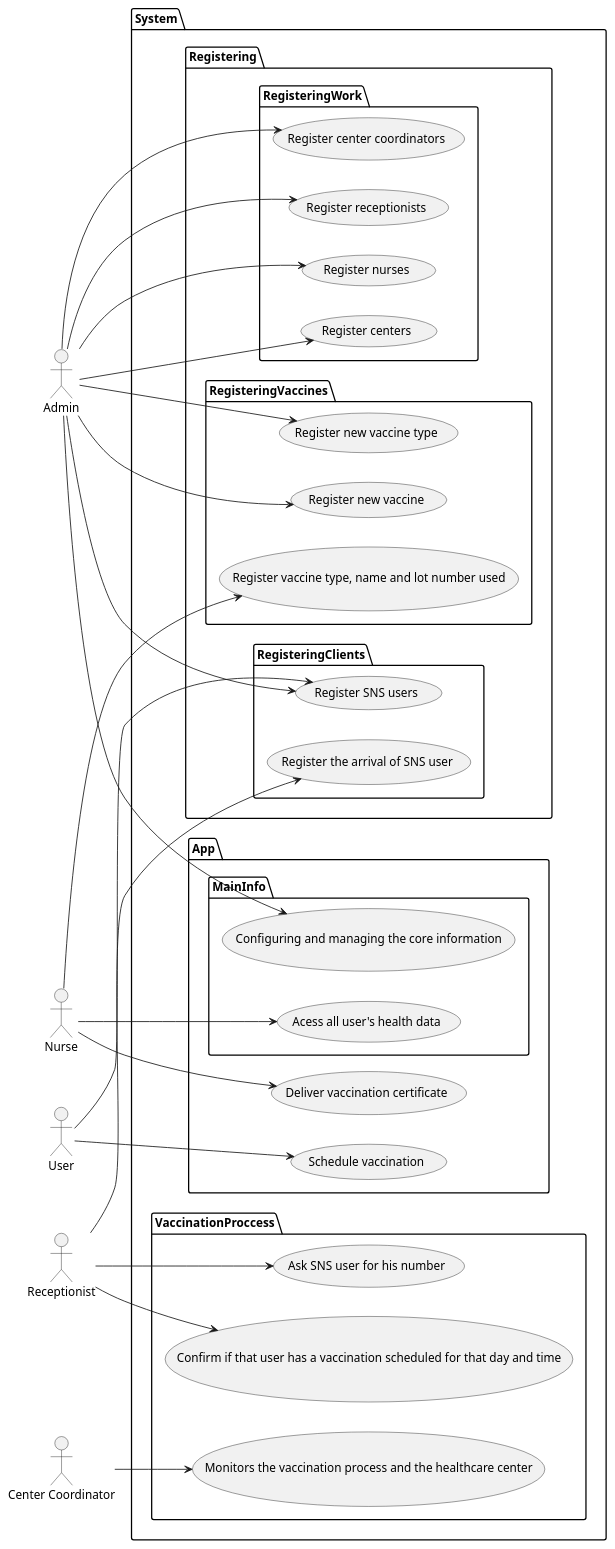
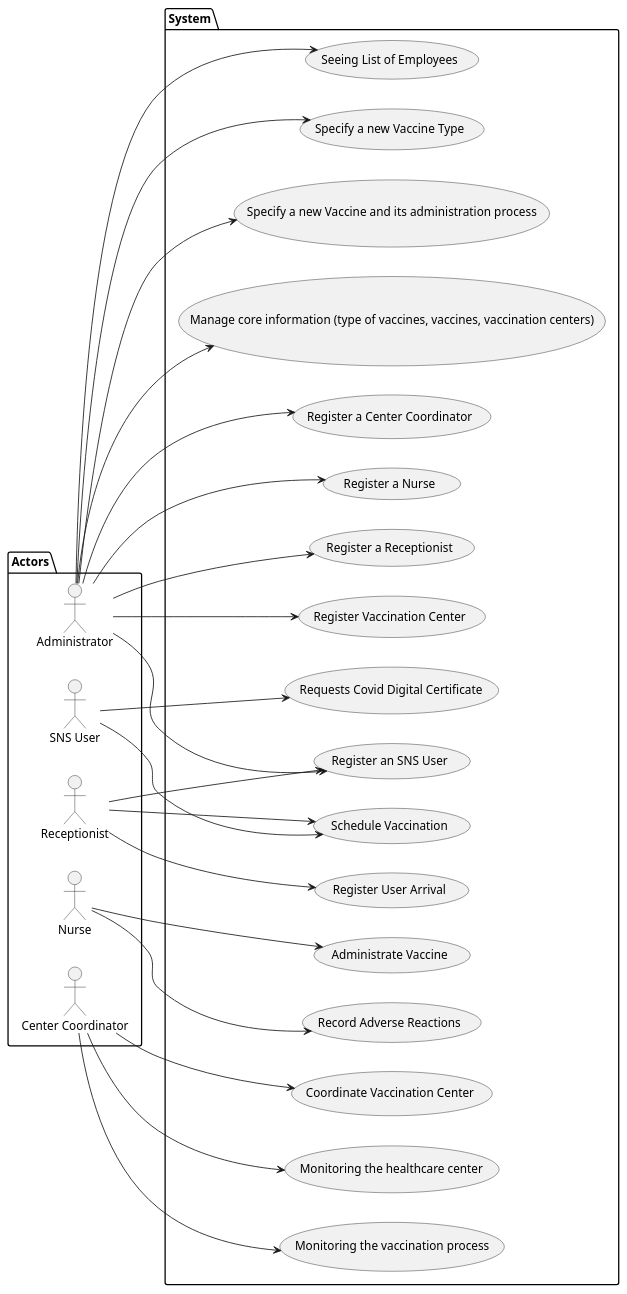
Before and after one commit to PedroMesquita1211171/VaccinationManager: the diagram in docs/SprintB/Use Cases/Diagram.puml, drawn with PlantUML.

Commit message:
UCD Re-done

```diff
--- a/docs/SprintB/Use Cases/Diagram.puml
+++ b/docs/SprintB/Use Cases/Diagram.puml
@@ -1,79 +1,73 @@
 @startuml
 
-actor "Admin" as adm
-actor "Nurse" as nur
-actor "Receptionist" as rcp
-actor "User" as user
-actor "Center Coordinator" as cc
 
 package System{
-   package Registering{
-    package RegisteringVaccines{
-        usecase UC15 as "Register vaccine type, name and lot number used"
-        usecase UC16 as "Register new vaccine"
-        usecase UC17 as "Register new vaccine type"
-    }
-    package RegisteringWork{
-        usecase UC07 as "Register center coordinators"
-        usecase UC08 as "Register receptionists"
-        usecase UC09 as "Register nurses"
-        usecase UC05 as "Register centers"
-    }
-    package RegisteringClients{
-        usecase UC06 as "Register SNS users"
-        usecase UC11 as "Register the arrival of SNS user"
-    }
 
- }
-   package VaccinationProccess{
-      usecase UC12 as "Ask SNS user for his number"
-      usecase UC13 as "Confirm if that user has a vaccination scheduled for that day and time"
-      usecase UC18 as "Monitors the vaccination process and the healthcare center"
-   }
-
-
-package App{
-
-         usecase UC01 as "Schedule vaccination"
-         usecase UC03 as "Deliver vaccination certificate"
-     package MainInfo{
-             usecase UC04 as "Acess all user's health data"
-             usecase UC10 as "Configuring and managing the core information"
-     }
+usecase UC1 as "Manage core information (type of vaccines, vaccines, vaccination centers)"
+usecase UC2 as "Register an SNS User"
+usecase UC3 as "Register a Center Coordinator"
+usecase UC4 as "Register a Nurse"
+usecase UC5 as "Register a Receptionist"
+usecase UC6 as "Coordinate Vaccination Center"
+usecase UC7 as "Requests Covid Digital Certificate"
+usecase UC8 as "Administrate Vaccine"
+usecase UC9 as "Record Adverse Reactions"
+usecase UC10 as "Schedule Vaccination"
+usecase UC11 as "Register User Arrival"
+usecase UC12 as "Register Vaccination Center"
+usecase UC13 as "Seeing List of Employees"
+usecase UC14 as "Specify a new Vaccine Type"
+usecase UC15 as "Specify a new Vaccine and its administration process"
+usecase UC16 as "Monitoring the vaccination process"
+usecase UC17 as "Monitoring the healthcare center"
 
 }
 
 
+package Actors{
+
+actor "Administrator" as ADMIN
+actor "Center Coordinator" as CC
+actor "Nurse" as NU
+actor "Receptionist" as RC
+actor "SNS User" as SU
 
 }
+
+left to right direction
+
+
+
+/' Admin '/
+ADMIN --> (UC2)
+ADMIN --> (UC3)
+ADMIN --> (UC4)
+ADMIN --> (UC5)
+ADMIN --> (UC1)
+ADMIN --> (UC12)
+ADMIN --> (UC13)
+ADMIN --> (UC14)
+ADMIN --> (UC15)
+
+/'Receptionist'/
+RC --> (UC11)
+RC --> (UC10)
+RC --> (UC2)
+
+/'Center Coordinator'/
+CC --> (UC6)
+CC --> (UC16)
+CC --> (UC17)
+
+/'SNS User'/
+SU --> (UC7)
+SU --> (UC10)
+
+/'Nurse'/
+NU --> (UC8)
+NU --> (UC9)
 
 
 
 
-left to right direction
-user --> (UC01)
-user --> (UC06)
-
-
-adm --> (UC10)
-adm --> (UC05)
-adm --> (UC06)
-adm --> (UC07)
-adm --> (UC08)
-adm --> (UC09)
-adm --> (UC16)
-adm --> (UC17)
-
-
-nur --> (UC03)
-nur --> (UC04)
-nur --> (UC15)
-rcp --> (UC11)
-rcp --> (UC12)
-rcp --> (UC13)
-
-
-
-cc --> (UC18)
-
 @enduml
```
